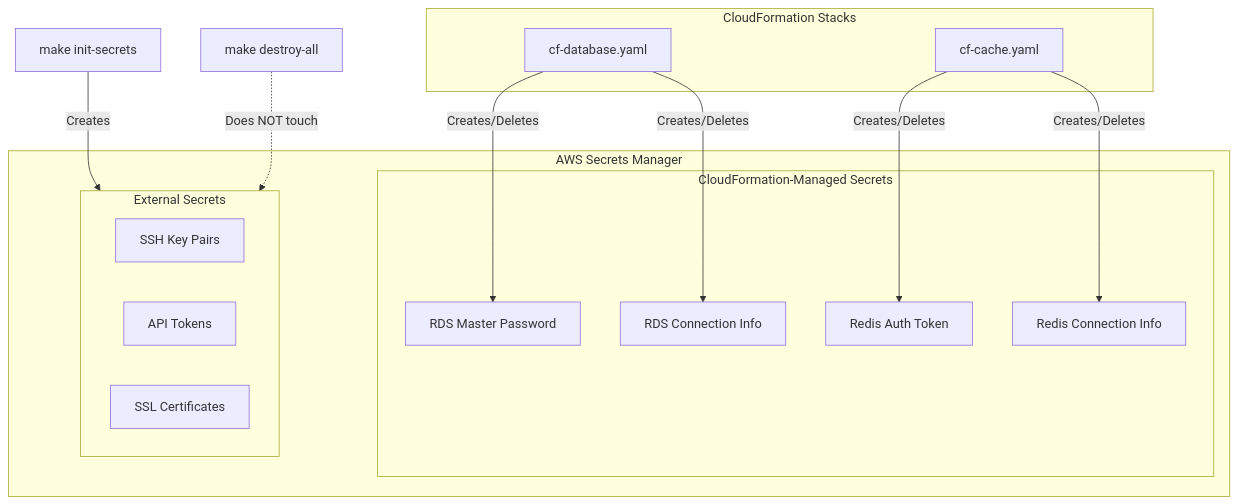
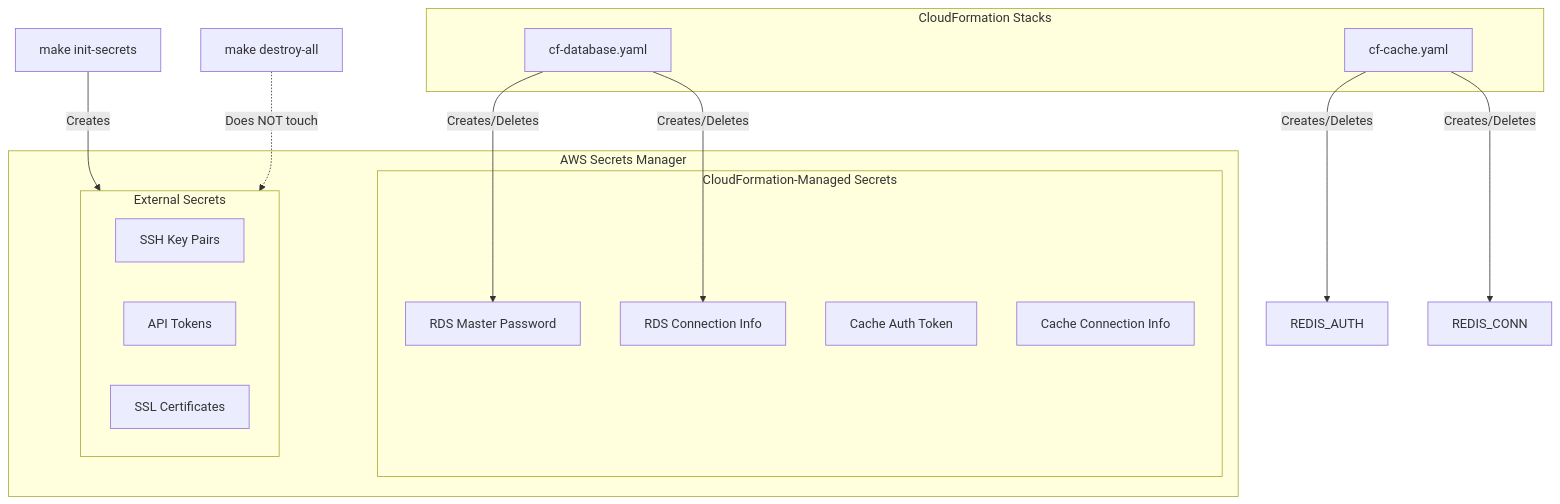
One commit to worx/cf-scalable-web changed the first of 2 diagrams in docs/SECRETS.md. Above: the diagram before and after it, drawn with Mermaid. The commit also changed other lines of this file and 13 other files, not shown here.

````diff
--- a/docs/SECRETS.md
+++ b/docs/SECRETS.md
@@ -12,33 +12,33 @@
 ```mermaid
 flowchart TB
     subgraph CF["CloudFormation Stacks"]
         DB[cf-database.yaml]
         CACHE[cf-cache.yaml]
     end
 
     subgraph CFSecrets["CloudFormation-Managed Secrets"]
         RDS_PASS[RDS Master Password]
         RDS_CONN[RDS Connection Info]
-        REDIS_AUTH[Redis Auth Token]
-        REDIS_CONN[Redis Connection Info]
+        CACHE_AUTH[Cache Auth Token]
+        CACHE_CONN[Cache Connection Info]
     end
 
     subgraph External["External Secrets"]
         SSH[SSH Key Pairs]
         API[API Tokens]
         SSL[SSL Certificates]
     end
 
     subgraph SM["AWS Secrets Manager"]
         CFSecrets
         External
     end
 
     DB -->|Creates/Deletes| RDS_PASS
     DB -->|Creates/Deletes| RDS_CONN
     CACHE -->|Creates/Deletes| REDIS_AUTH
     CACHE -->|Creates/Deletes| REDIS_CONN
 
     INIT[make init-secrets] -->|Creates| External
     DESTROY[make destroy-all] -.->|Does NOT touch| External
 ```
````
